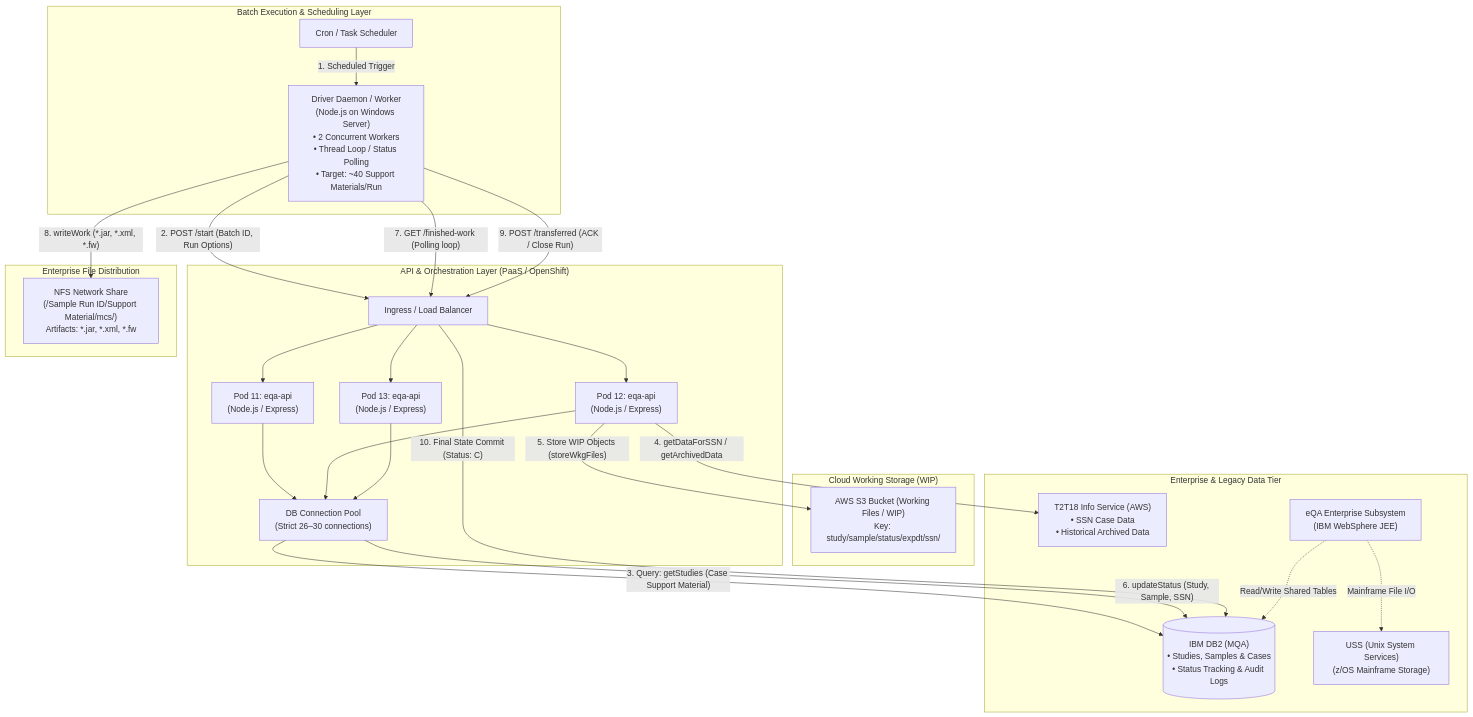
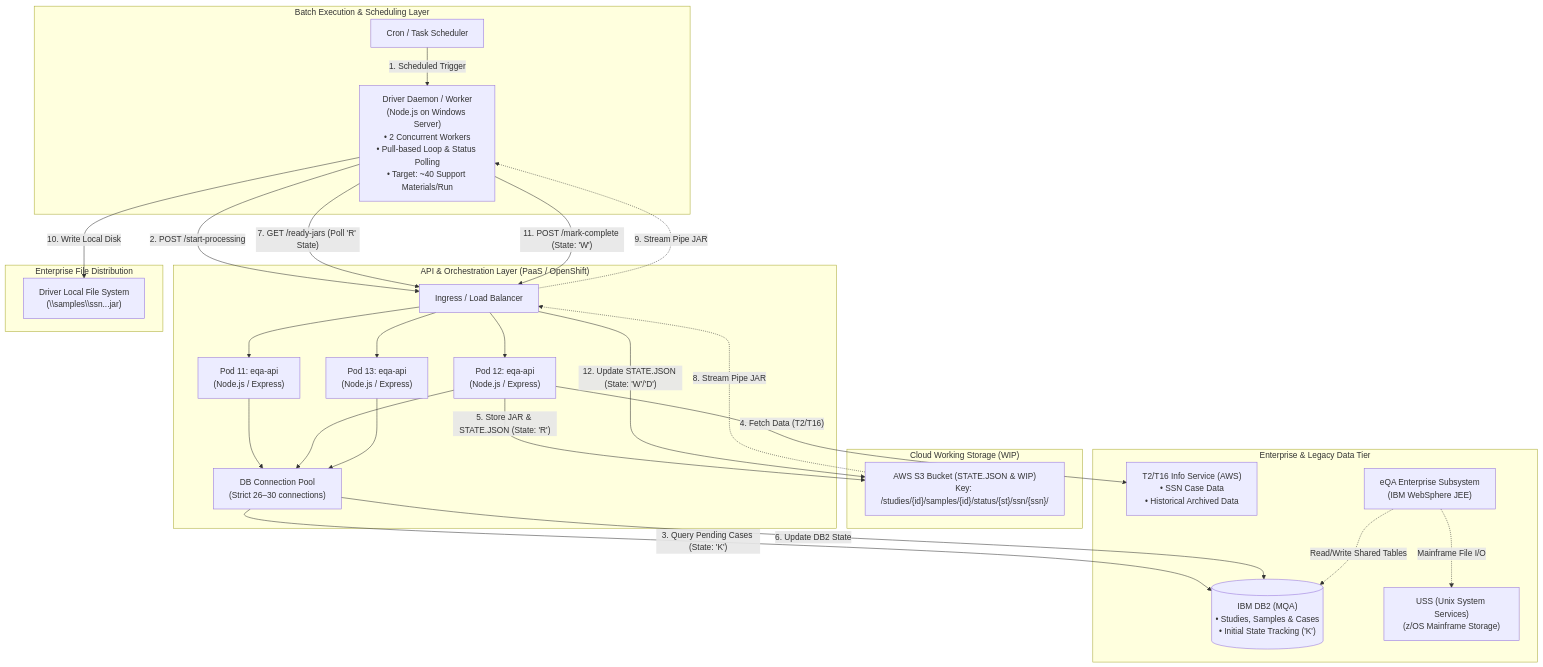
Before and after one commit to wvillegasm/eeqa-a: the first of 2 diagrams in system_architecture_and_technical_specification_for_eqa_api.md, drawn with Mermaid. The commit also changed other lines of this file and 3 other files, not shown here.

````diff
--- a/system_architecture_and_technical_specification_for_eqa_api.md
+++ b/system_architecture_and_technical_specification_for_eqa_api.md
@@ -15,55 +15,58 @@
 ```mermaid
 flowchart TB
     subgraph Execution_Layer["Batch Execution & Scheduling Layer"]
         Cron["Cron / Task Scheduler"]
-        Driver["Driver Daemon / Worker<br/>(Node.js on Windows Server)<br/>• 2 Concurrent Workers<br/>• Thread Loop / Status Polling<br/>• Target: ~40 Support Materials/Run"]
+        Driver["Driver Daemon / Worker<br/>(Node.js on Windows Server)<br/>• 2 Concurrent Workers<br/>• Pull-based Loop & Status Polling<br/>• Target: ~40 Support Materials/Run"]
     end
 
     subgraph PaaS_Layer["API & Orchestration Layer (PaaS / OpenShift)"]
         LB["Ingress / Load Balancer"]
         Pod11["Pod 11: eqa-api<br/>(Node.js / Express)"]
         Pod12["Pod 12: eqa-api<br/>(Node.js / Express)"]
         Pod13["Pod 13: eqa-api<br/>(Node.js / Express)"]
         Pool["DB Connection Pool<br/>(Strict 26–30 connections)"]
     end
 
     subgraph Intermediate_Storage["Cloud Working Storage (WIP)"]
-        S3["AWS S3 Bucket (Working Files / WIP)<br/>Key: study/sample/status/expdt/ssn/"]
+        S3["AWS S3 Bucket (STATE.JSON & WIP)<br/>Key: /studies/{id}/samples/{id}/status/{st}/ssn/{ssn}/"]
     end
 
     subgraph Network_Storage["Enterprise File Distribution"]
-        NFS["NFS Network Share<br/>(/Sample Run ID/Support Material/mcs/)<br/>Artifacts: *.jar, *.xml, *.fw"]
+        Disk["Driver Local File System<br/>(\\samples\\ssn...jar)"]
     end
 
     subgraph Enterprise_Data["Enterprise & Legacy Data Tier"]
-        DB2[("IBM DB2 (MQA)<br/>• Studies, Samples & Cases<br/>• Status Tracking & Audit Logs")]
-        T2T18["T2T18 Info Service (AWS)<br/>• SSN Case Data<br/>• Historical Archived Data"]
+        DB2[("IBM DB2 (MQA)<br/>• Studies, Samples & Cases<br/>• Initial State Tracking ('K')")]
+        T2T18["T2/T16 Info Service (AWS)<br/>• SSN Case Data<br/>• Historical Archived Data"]
         WebSphere["eQA Enterprise Subsystem<br/>(IBM WebSphere JEE)"]
         USS["USS (Unix System Services)<br/>(z/OS Mainframe Storage)"]
     end
 
     %% Execution Flows
     Cron -->|"1. Scheduled Trigger"| Driver
-    Driver -->|"2. POST /start (Batch ID, Run Options)"| LB
+    Driver -->|"2. POST /start-processing"| LB
     LB --> Pod11
     LB --> Pod12
     LB --> Pod13
 
     Pod11 --> Pool
     Pod12 --> Pool
     Pod13 --> Pool
 
-    Pool -->|"3. Query: getStudies (Case Support Material)"| DB2
-    Pod12 -->|"4. getDataForSSN / getArchivedData"| T2T18
-    Pod12 -->|"5. Store WIP Objects (storeWkgFiles)"| S3
-    Pool -->|"6. updateStatus (Study, Sample, SSN)"| DB2
+    Pool -->|"3. Query Pending Cases (State: 'K')"| DB2
+    Pod12 -->|"4. Fetch Data (T2/T16)"| T2T18
+    Pod12 -->|"5. Store JAR & STATE.JSON (State: 'R')"| S3
+    Pool -->|"6. Update DB2 State"| DB2
 
-    Driver -->|"7. GET /finished-work (Polling loop)"| LB
-    Driver -->|"8. writeWork (*.jar, *.xml, *.fw)"| NFS
-    Driver -->|"9. POST /transferred (ACK / Close Run)"| LB
-    LB -->|"10. Final State Commit (Status: C)"| DB2
+    Driver -->|"7. GET /ready-jars (Poll 'R' State)"| LB
+    S3 -.->|"8. Stream Pipe JAR"| LB
+    LB -.->|"9. Stream Pipe JAR"| Driver
+    Driver -->|"10. Write Local Disk"| Disk
+    Driver -->|"11. POST /mark-complete (State: 'W')"| LB
+    LB -->|"12. Update STATE.JSON (State: 'W'/'D')"| S3
 
     %% Legacy Integrations
     WebSphere -.->|"Read/Write Shared Tables"| DB2
     WebSphere -.->|"Mainframe File I/O"| USS
+
 ```
````
